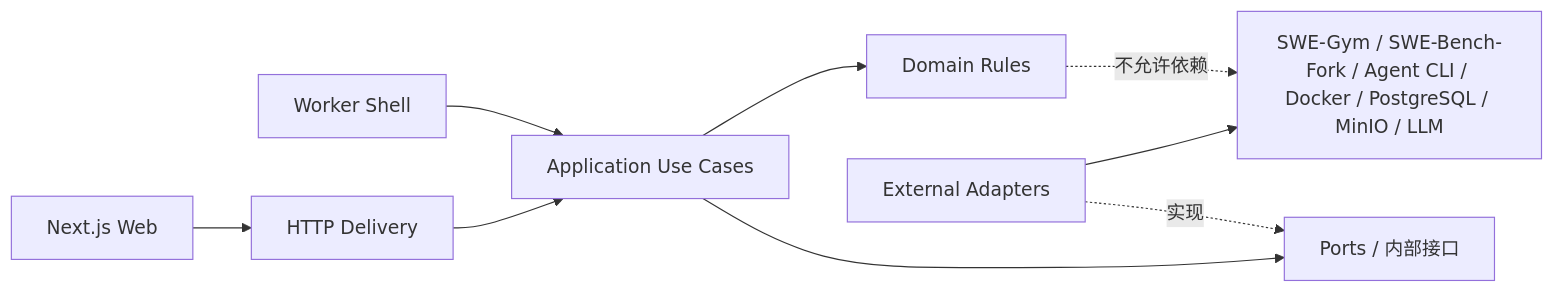
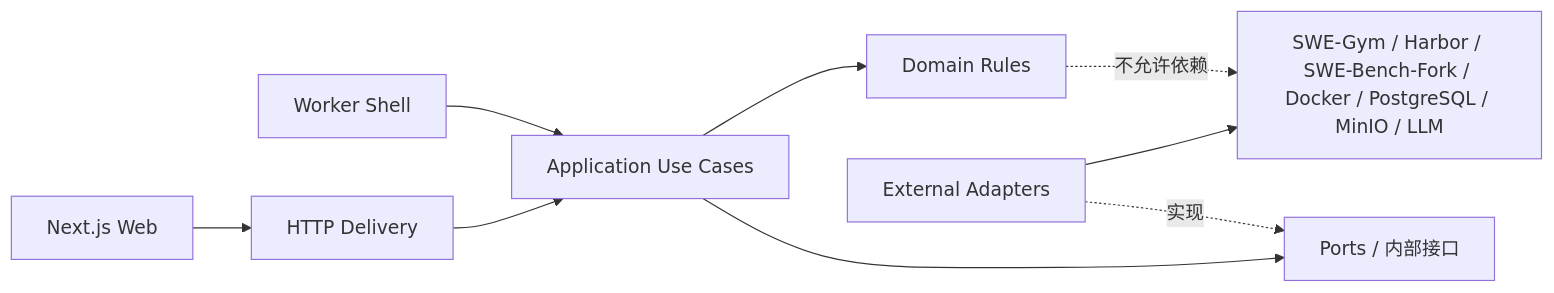
The diagram in docs/architecture/MODULE_CONTRACTS.md (anphuchoang5-sys/agent-exam), drawn with Mermaid before and after one commit. The commit also changed other lines of this file and 14 other files, not shown here.

Commit message:
docs: finalize Harbor execution architecture

````diff
--- a/docs/architecture/MODULE_CONTRACTS.md
+++ b/docs/architecture/MODULE_CONTRACTS.md
@@ -29,12 +30,12 @@
 ```mermaid
 flowchart LR
     WEB[Next.js Web] --> HTTP[HTTP Delivery]
     HTTP --> APP[Application Use Cases]
     WORKER[Worker Shell] --> APP
     APP --> DOMAIN[Domain Rules]
     APP --> PORTS[Ports / 内部接口]
     ADAPTERS[External Adapters] -. 实现 .-> PORTS
-    ADAPTERS --> EXT[SWE-Gym / SWE-Bench-Fork / Agent CLI / Docker / PostgreSQL / MinIO / LLM]
+    ADAPTERS --> EXT[SWE-Gym / Harbor / SWE-Bench-Fork / Docker / PostgreSQL / MinIO / LLM]
 
     DOMAIN -. 不允许依赖 .-> EXT
 ```
````
